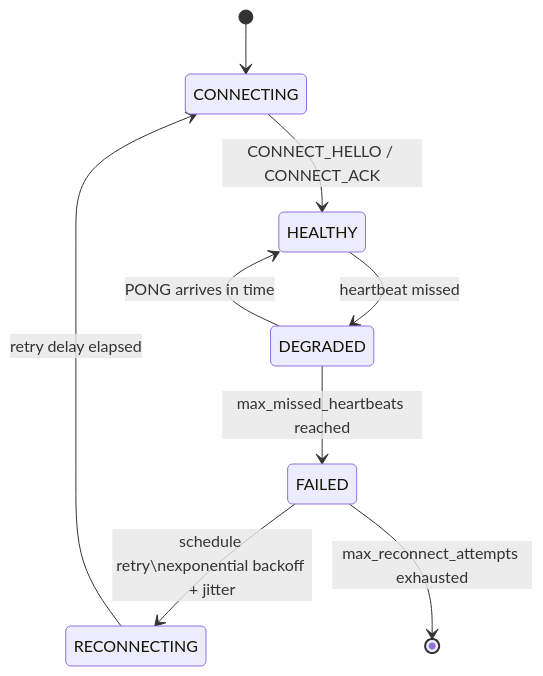
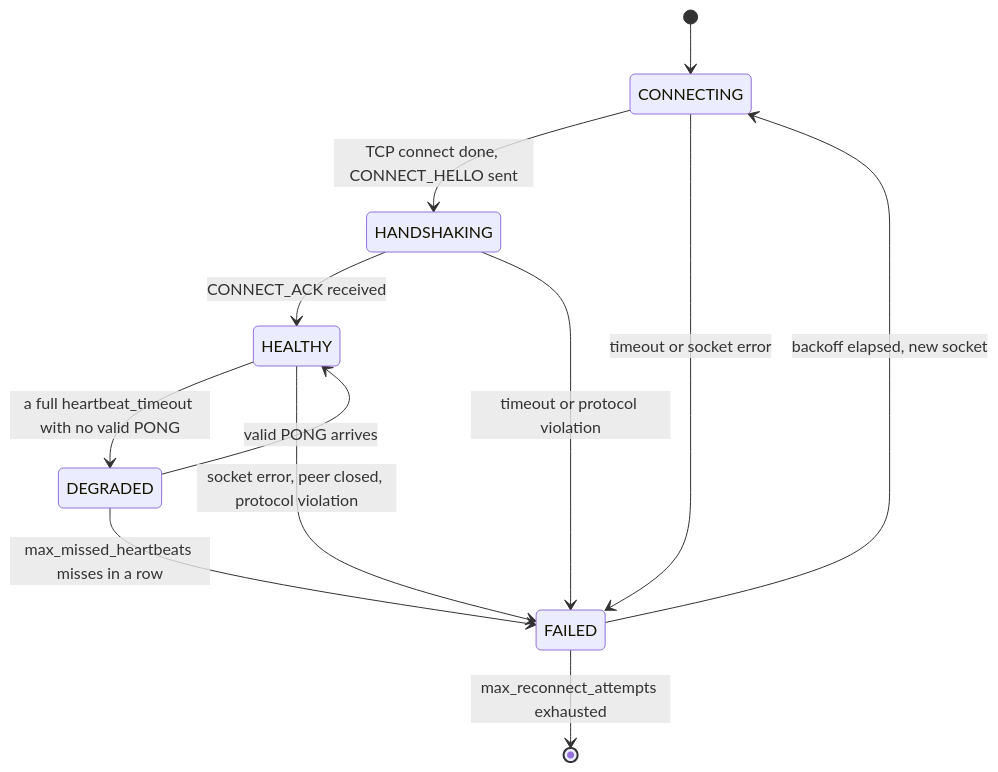
Before and after one commit to Shri2909/Vigil-Low-latency-TCP-heartbeat-monitor: the second of 2 diagrams in README.md, drawn with Mermaid. The commit also changed other lines of this file and 4 other files, not shown here.

Commit message:
Rewrite docs: fewer diagrams, current results, tuning and commands

````diff
--- a/README.md
+++ b/README.md
@@ -73,11 +68,14 @@
 ```mermaid
 stateDiagram-v2
     [*] --> CONNECTING
-    CONNECTING --> HEALTHY: CONNECT_HELLO / CONNECT_ACK
-    HEALTHY --> DEGRADED: heartbeat missed
-    DEGRADED --> HEALTHY: PONG arrives in time
-    DEGRADED --> FAILED: max_missed_heartbeats reached
-    FAILED --> RECONNECTING: schedule retry\nexponential backoff + jitter
-    RECONNECTING --> CONNECTING: retry delay elapsed
+    CONNECTING --> HANDSHAKING: TCP connect done, CONNECT_HELLO sent
+    HANDSHAKING --> HEALTHY: CONNECT_ACK received
+    HEALTHY --> DEGRADED: a full heartbeat_timeout with no valid PONG
+    DEGRADED --> HEALTHY: valid PONG arrives
+    DEGRADED --> FAILED: max_missed_heartbeats misses in a row
+    CONNECTING --> FAILED: timeout or socket error
+    HANDSHAKING --> FAILED: timeout or protocol violation
+    HEALTHY --> FAILED: socket error, peer closed, protocol violation
+    FAILED --> CONNECTING: backoff elapsed, new socket
     FAILED --> [*]: max_reconnect_attempts exhausted
 ```
````
